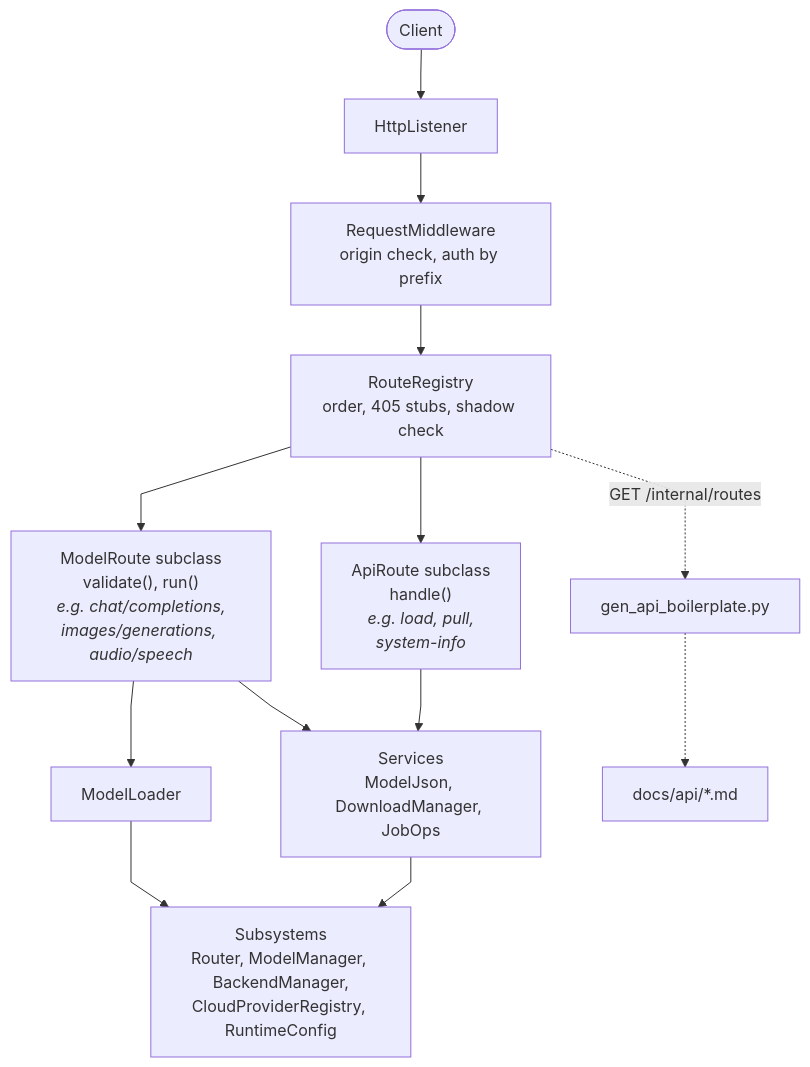
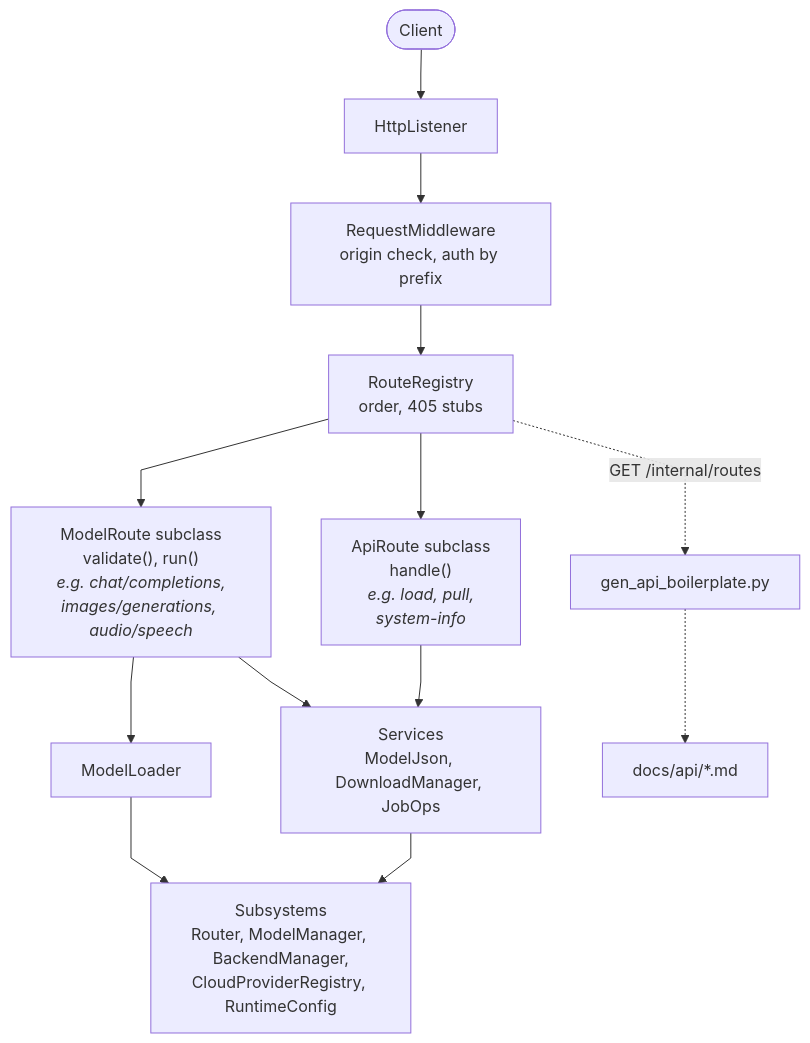
Before and after one commit to lemonade-sdk/lemonade: the diagram in docs/dev/specs/server-architecture.md, drawn with Mermaid. The commit also changed other lines of this file, not shown here.

Commit message:
docs(spec): drop the startup shadow check in favor of per-folder registration order

````diff
--- a/docs/dev/specs/server-architecture.md
+++ b/docs/dev/specs/server-architecture.md
@@ -38,16 +38,16 @@
 ```mermaid
 %%{init: {"flowchart": {"curve": "linear"}}}%%
 flowchart TD
   C(["Client"]) --> L["HttpListener"]
   L --> M["RequestMiddleware<br/>origin check, auth by prefix"]
-  M --> R["RouteRegistry<br/>order, 405 stubs, shadow check"]
+  M --> R["RouteRegistry<br/>order, 405 stubs"]
   R --> MR["ModelRoute subclass<br/>validate(), run()<br/><i>e.g. chat/completions,<br/>images/generations, audio/speech</i>"]
   R --> A["ApiRoute subclass<br/>handle()<br/><i>e.g. load, pull,<br/>system-info</i>"]
   MR --> ML["ModelLoader"]
   MR --> SV["Services<br/>ModelJson, DownloadManager, JobOps"]
   A --> SV
   ML --> SUB["Subsystems<br/>Router, ModelManager, BackendManager,<br/>CloudProviderRegistry, RuntimeConfig"]
   SV --> SUB
   R -.->|"GET /internal/routes"| G["gen_api_boilerplate.py"]
   G -.-> D["docs/api/*.md"]
 ```
````
